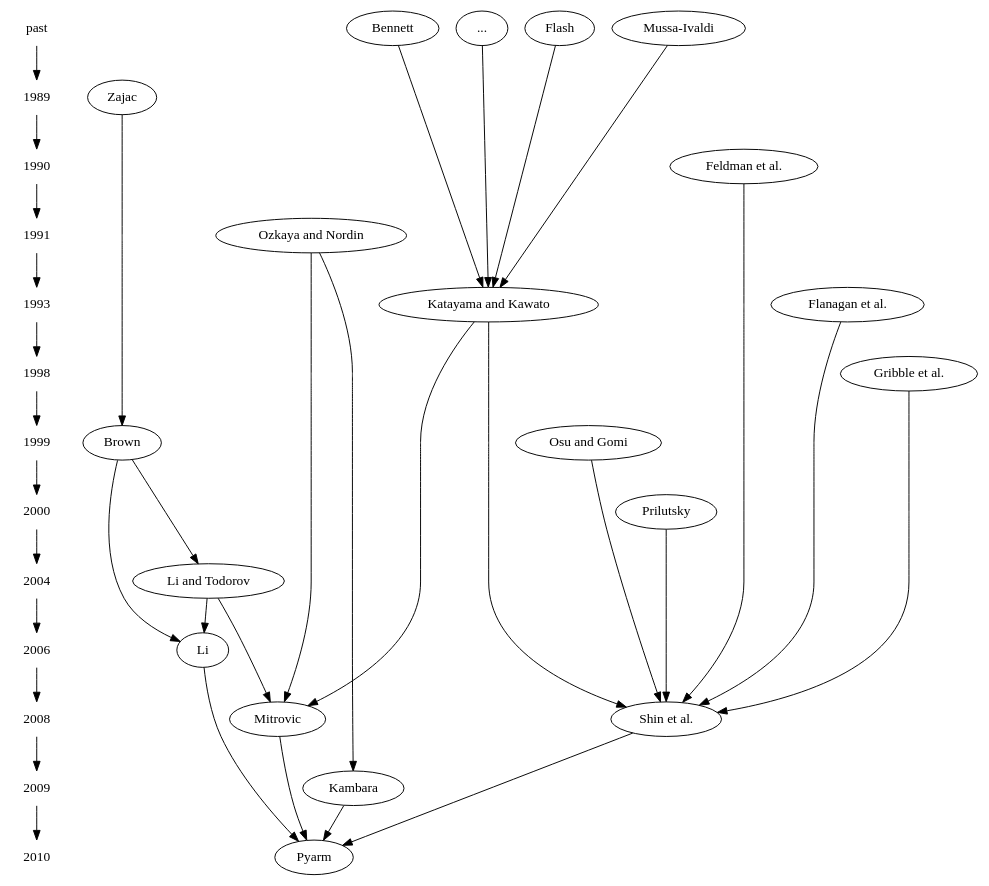
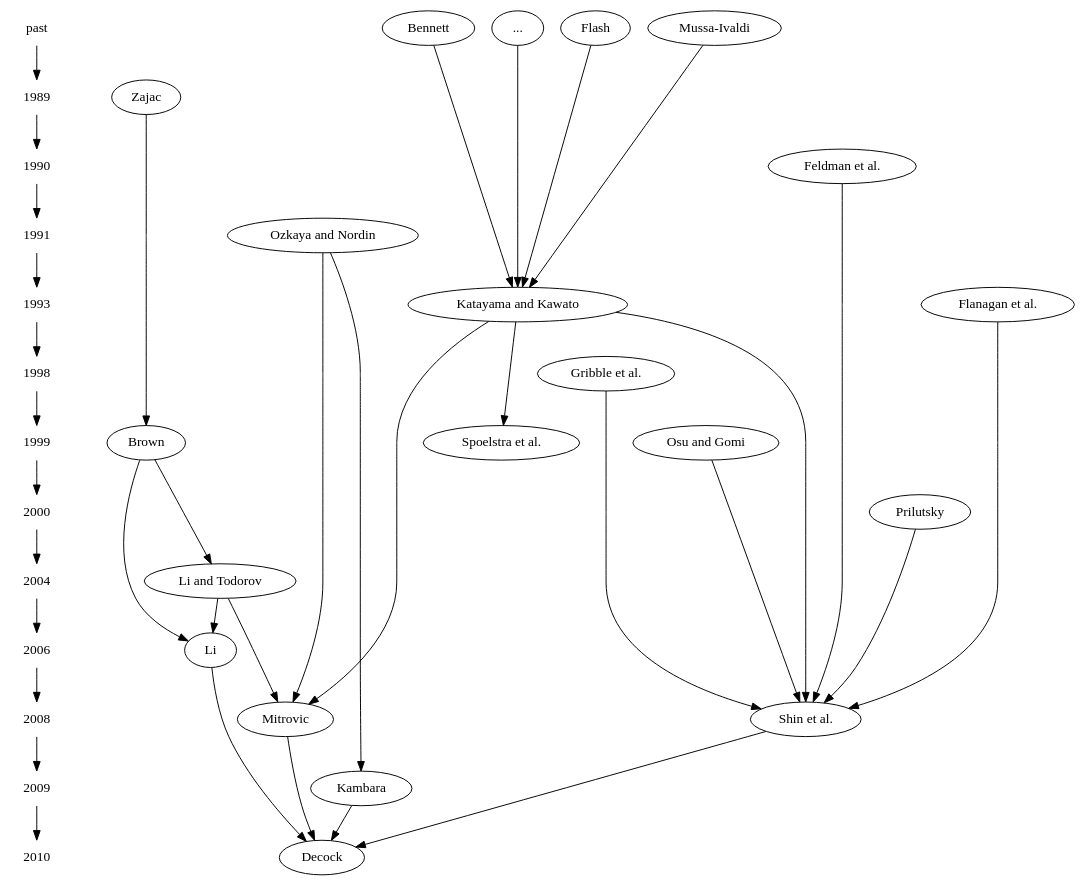
The diagram in docs/bib.dot (jeremiedecock/pyarm), drawn with Graphviz before and after one commit. The commit also changed 17 other files, not shown here.

```diff
--- a/docs/bib.dot
+++ b/docs/bib.dot
@@ -1,52 +1,54 @@
 digraph bib {
     rankstep = 0.75;
 
     {
         node [shape=plaintext];
         "past" -> 1989 -> 1990 -> 1991 -> 1993 -> 1998 -> 1999 -> 2000 -> 2004 -> 2006 -> 2008 -> 2009 -> 2010;
     }
 
     { rank = same; "past"; "Flash"; "Mussa-Ivaldi"; "Bennett"; "..."; }
     { rank = same; 1989; "Zajac"; }
     { rank = same; 1990; "Feldman et al."; }
     { rank = same; 1991; "Ozkaya and Nordin"; }
     { rank = same; 1993; "Katayama and Kawato"; "Flanagan et al."; }
     { rank = same; 1998; "Gribble et al."; }
-    { rank = same; 1999; "Brown"; "Osu and Gomi"; }
+    { rank = same; 1999; "Brown"; "Osu and Gomi"; "Spoelstra et al."; }
     { rank = same; 2000; "Prilutsky"; }
     { rank = same; 2004; "Li and Todorov"; } // 2004 ou 2005 ???
     { rank = same; 2006; "Li"; }
     { rank = same; 2008; "Mitrovic"; "Shin et al."; } // 2008 ou 2009 ???
     { rank = same; 2009; "Kambara"; }
-    { rank = same; 2010; "Pyarm"; }
+    { rank = same; 2010; "Decock"; }
 
     "Flash" -> "Katayama and Kawato";
     "Mussa-Ivaldi" -> "Katayama and Kawato";
     "Bennett" -> "Katayama and Kawato";
     "..." -> "Katayama and Kawato";
 
     "Zajac" -> "Brown";
 
     "Brown" -> "Li and Todorov";
     "Brown" -> "Li";
     "Katayama and Kawato" -> "Mitrovic";
     "Li and Todorov" -> "Mitrovic";
     "Li and Todorov" -> "Li";
     "Ozkaya and Nordin" -> "Mitrovic";
     "Ozkaya and Nordin" -> "Kambara";
 
     "Flanagan et al." -> "Shin et al."
     "Feldman et al." -> "Shin et al."
     "Gribble et al." -> "Shin et al."
     "Katayama and Kawato" -> "Shin et al."
     "Osu and Gomi" -> "Shin et al."
     "Prilutsky" -> "Shin et al."
 
+    "Katayama and Kawato" -> "Spoelstra et al."
+
 //    "Li and Todorov" -> "Decock";
 //    "Mitrovic" -> "Decock";
 //    "Kambara" -> "Decock";
-    "Li" -> "Pyarm";
-    "Mitrovic" -> "Pyarm";
-    "Kambara" -> "Pyarm";
-    "Shin et al." -> "Pyarm";
+    "Li" -> "Decock";
+    "Mitrovic" -> "Decock";
+    "Kambara" -> "Decock";
+    "Shin et al." -> "Decock";
 }
```
